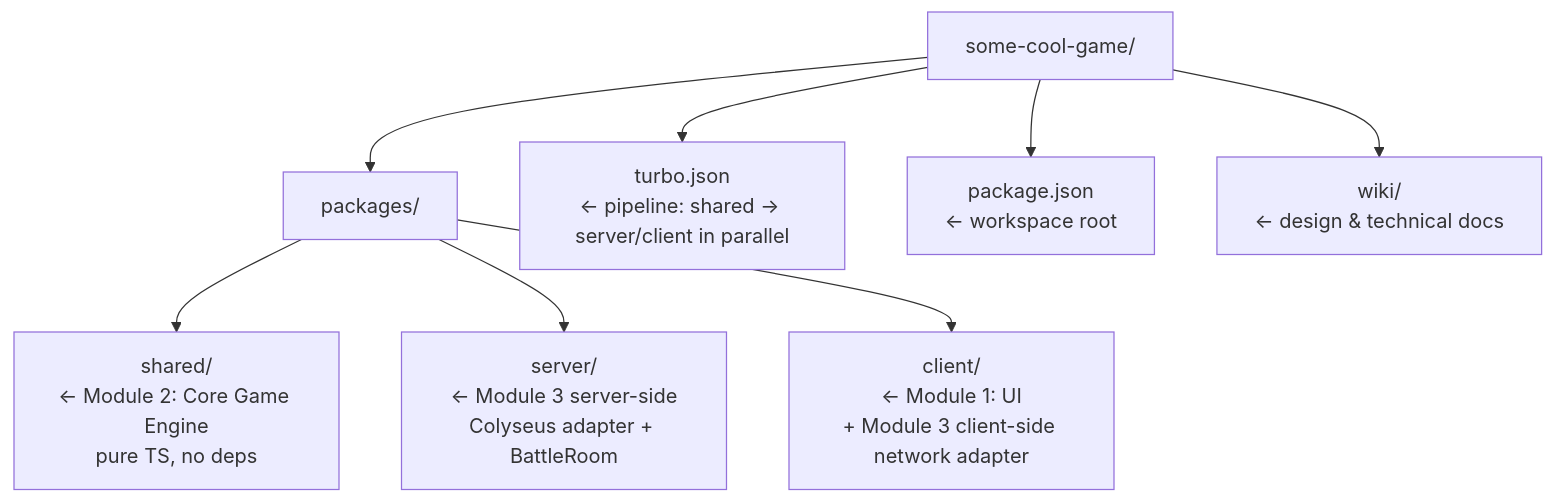
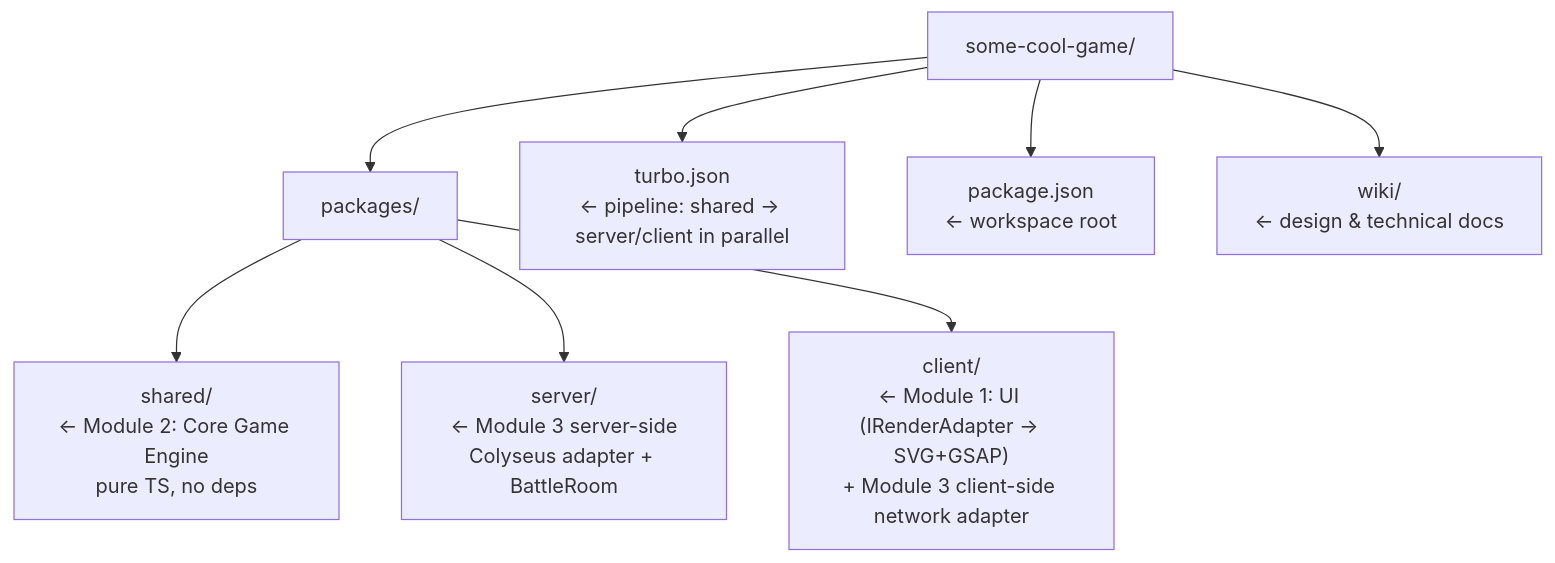
The fifth of 5 diagrams in wiki/technical_spec.md (MintBee/some-cool-game), drawn with Mermaid before and after one commit. The commit also changed other lines of this file and 2 other files, not shown here.

First line of the commit message:
doc(wiki): change UI tech spec from WebGL based to SVG based

````diff
--- a/wiki/technical_spec.md
+++ b/wiki/technical_spec.md
@@ -274,18 +317,18 @@
 ```mermaid
 flowchart TD
     root["some-cool-game/"]
     packages["packages/"]
     shared["shared/\n← Module 2: Core Game Engine\npure TS, no deps"]
     server["server/\n← Module 3 server-side\nColyseus adapter + BattleRoom"]
-    client["client/\n← Module 1: UI\n+ Module 3 client-side network adapter"]
+    client["client/\n← Module 1: UI (IRenderAdapter → SVG+GSAP)\n+ Module 3 client-side network adapter"]
     turbo["turbo.json\n← pipeline: shared → server/client in parallel"]
     pkgjson["package.json\n← workspace root"]
     wiki["wiki/\n← design & technical docs"]
     root --> packages
     root --> turbo
     root --> pkgjson
     root --> wiki
     packages --> shared
     packages --> server
     packages --> client
 ```
````
